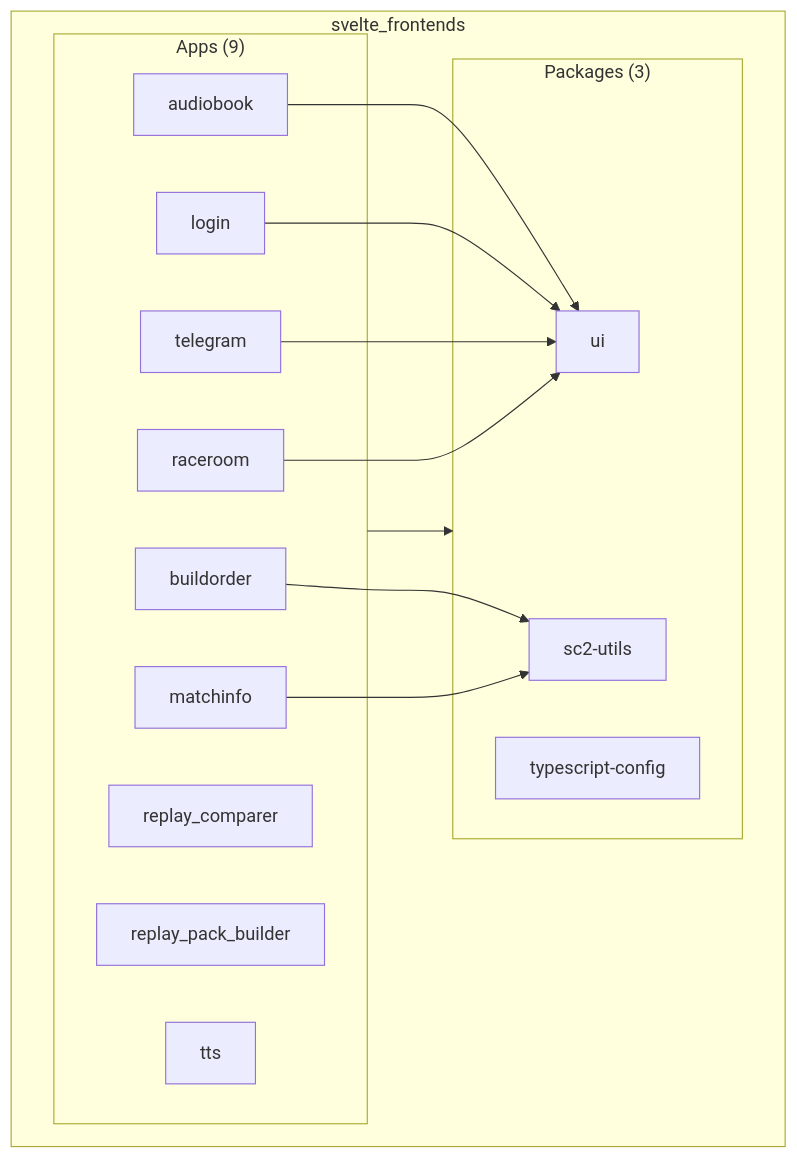
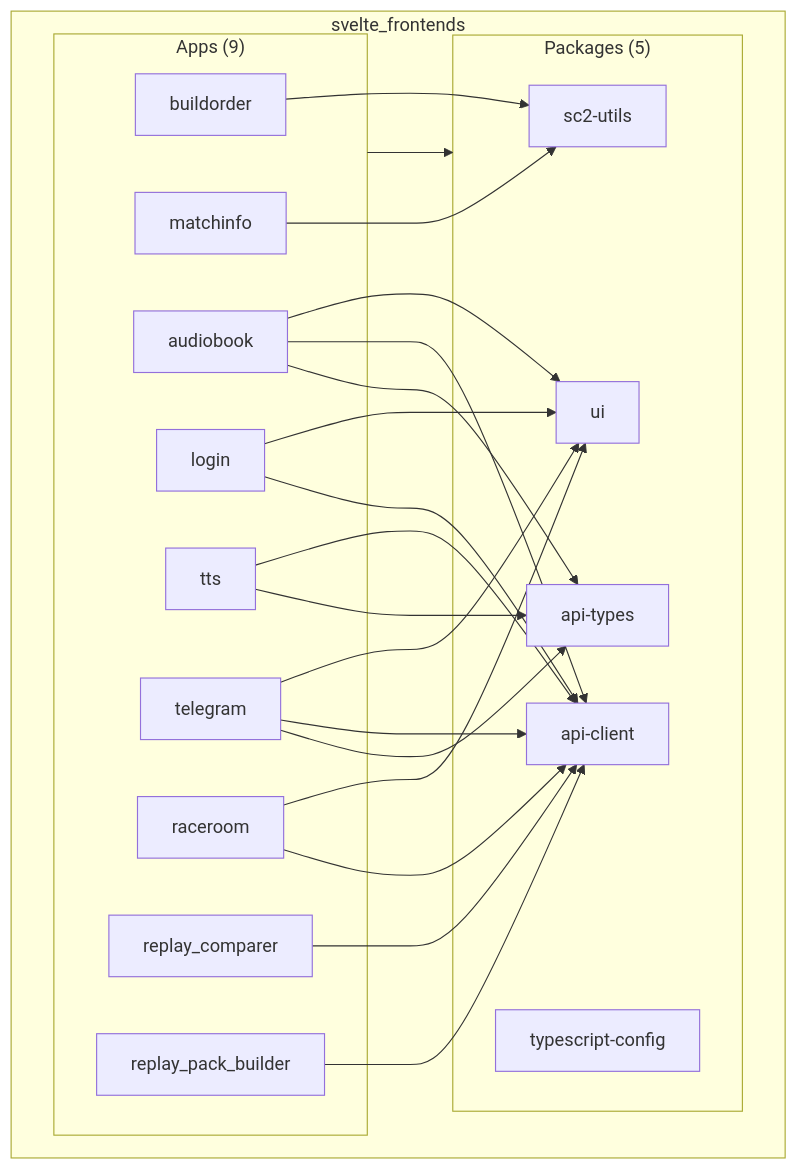
Before and after one commit to BurnySc2/monorepo: the first of 5 diagrams in svelte_frontends/README.md, drawn with Mermaid. The commit also changed 27 other files, not shown here.

````diff
--- a/svelte_frontends/README.md
+++ b/svelte_frontends/README.md
@@ -7,30 +7,42 @@
 ```mermaid
 flowchart TB
     subgraph svelte_frontends["svelte_frontends"]
         subgraph apps["Apps (9)"]
             buildorder[buildorder]
             matchinfo[matchinfo]
             replay_comparer[replay_comparer]
             replay_pack_builder[replay_pack_builder]
             raceroom[raceroom]
             audiobook[audiobook]
             tts[tts]
             telegram[telegram]
             login[login]
         end
 
-        subgraph packages["Packages (3)"]
+        subgraph packages["Packages (5)"]
             ui[ui]
             sc2_utils[sc2-utils]
             typescript_config[typescript-config]
+            api_client[api-client]
+            api_types[api-types]
         end
     end
 
     apps --> packages
     buildorder --> sc2_utils
     matchinfo --> sc2_utils
     audiobook --> ui
+    audiobook --> api_client
+    audiobook --> api_types
     login --> ui
+    login --> api_client
+    tts --> api_client
+    tts --> api_types
     telegram --> ui
+    telegram --> api_client
+    telegram --> api_types
     raceroom --> ui
+    raceroom --> api_client
+    replay_comparer --> api_client
+    replay_pack_builder --> api_client
 ```
````
